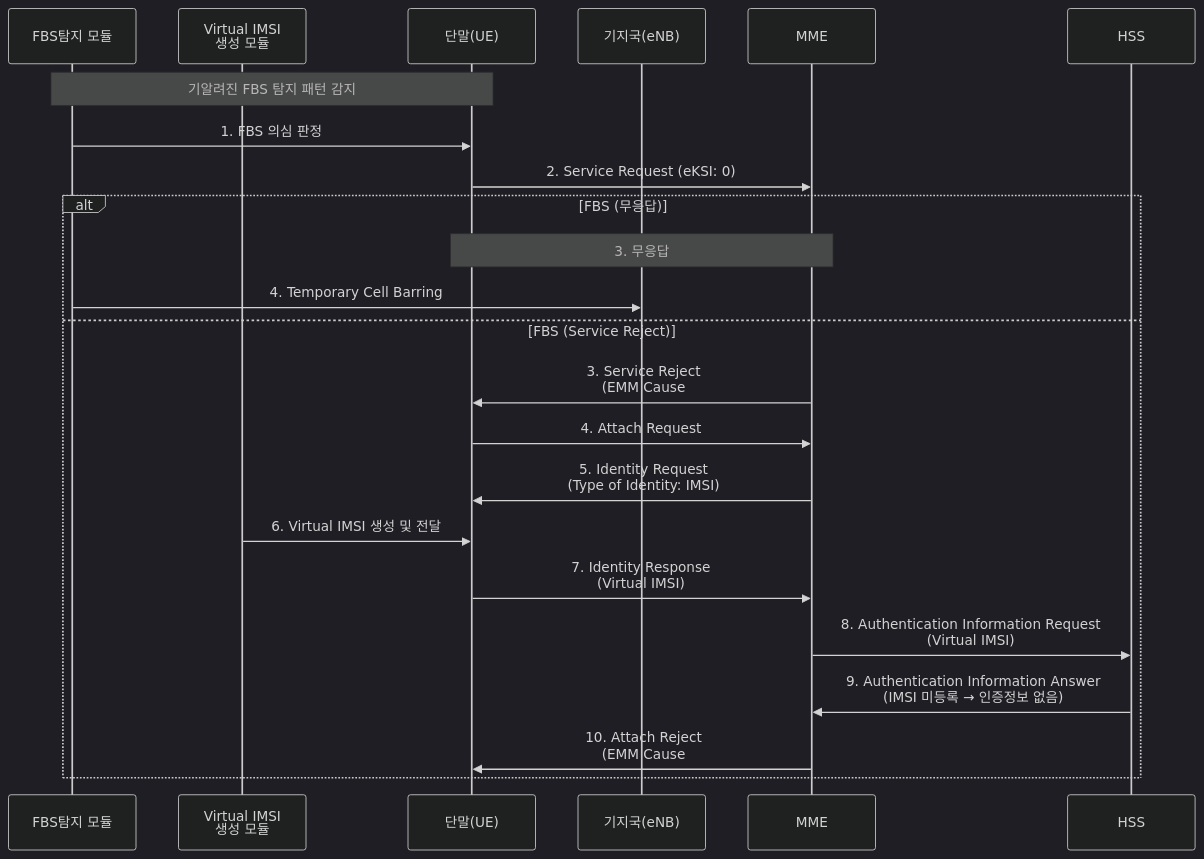
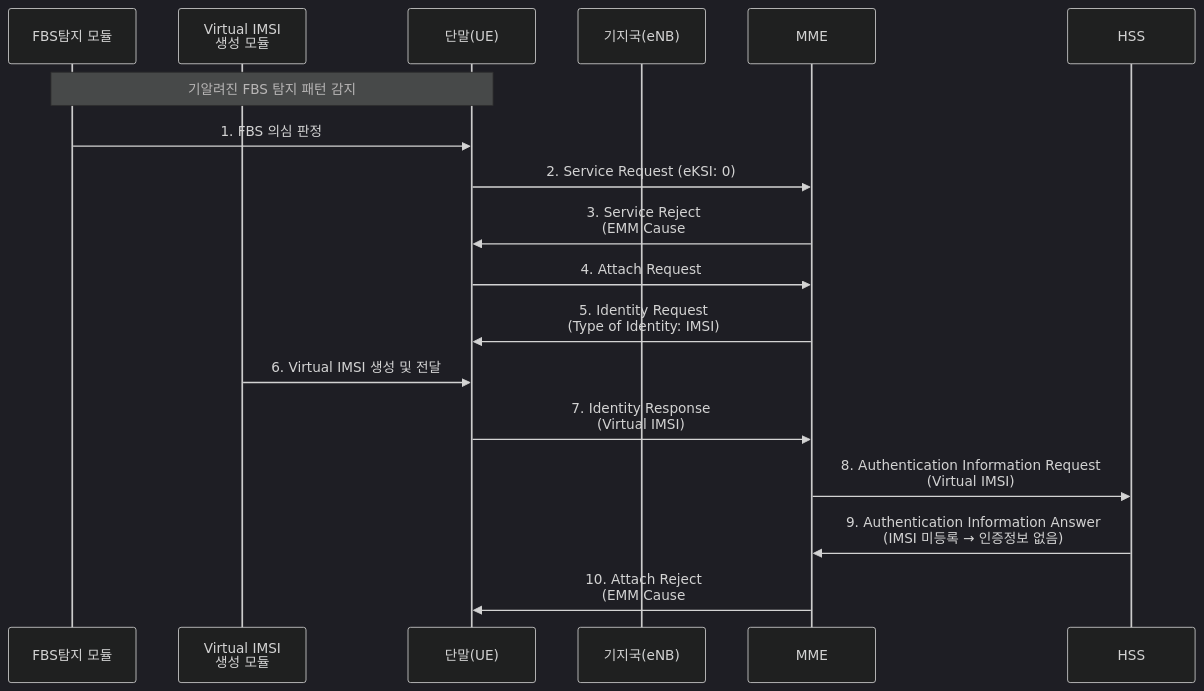
The second of 2 diagrams in sequence.md (brianrobo/new-idea-flow), drawn with Mermaid (dark theme) before and after one commit. The commit also changed other lines of this file, not shown here.

````diff
--- a/sequence.md
+++ b/sequence.md
@@ -26,27 +21,21 @@
 ```mermaid
 sequenceDiagram
     participant FBS as FBS탐지 모듈
     participant VIMSI as Virtual IMSI<br/>생성 모듈
     participant UE as 단말(UE)
     participant eNB as 기지국(eNB)
     participant MME as MME
     participant HSS as HSS
 
     Note over FBS,UE: 기알려진 FBS 탐지 패턴 감지
     FBS->>UE: 1. FBS 의심 판정
     UE->>MME: 2. Service Request (eKSI: 0)
-
-    alt FBS (무응답)
-        Note over MME,UE: 3. 무응답
-        FBS->>eNB: 4. Temporary Cell Barring
-    else FBS (Service Reject)
-        MME->>UE: 3. Service Reject<br/>(EMM Cause #9 또는 #10)
-        UE->>MME: 4. Attach Request
-        MME->>UE: 5. Identity Request<br/>(Type of Identity: IMSI)
-        VIMSI->>UE: 6. Virtual IMSI 생성 및 전달
-        UE->>MME: 7. Identity Response<br/>(Virtual IMSI)
-        MME->>HSS: 8. Authentication Information Request<br/>(Virtual IMSI)
-        HSS->>MME: 9. Authentication Information Answer<br/>(IMSI 미등록 → 인증정보 없음)
-        MME->>UE: 10. Attach Reject<br/>(EMM Cause #2 또는 #8)
-    end
+    MME->>UE: 3. Service Reject<br/>(EMM Cause #9 또는 #10)
+    UE->>MME: 4. Attach Request
+    MME->>UE: 5. Identity Request<br/>(Type of Identity: IMSI)
+    VIMSI->>UE: 6. Virtual IMSI 생성 및 전달
+    UE->>MME: 7. Identity Response<br/>(Virtual IMSI)
+    MME->>HSS: 8. Authentication Information Request<br/>(Virtual IMSI)
+    HSS->>MME: 9. Authentication Information Answer<br/>(IMSI 미등록 → 인증정보 없음)
+    MME->>UE: 10. Attach Reject<br/>(EMM Cause #2 또는 #8)
 ```
````
